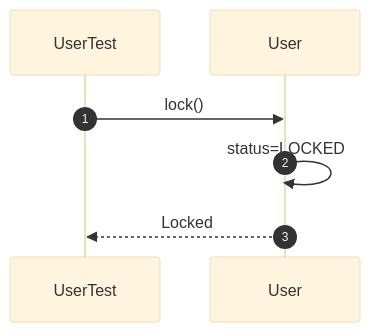
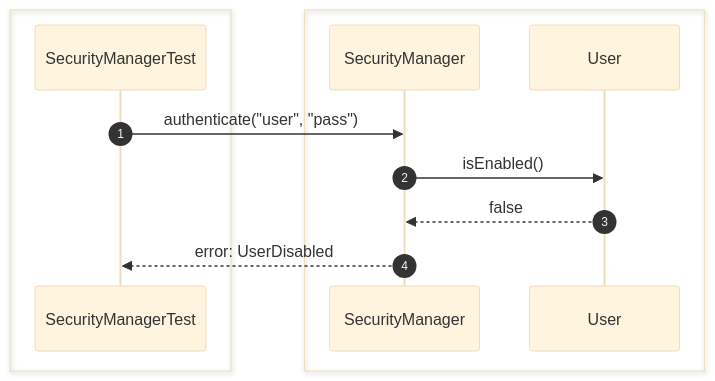
One commit to Huy1801214/dbms-architecture changed the seventh of 35 diagrams in src/sequence/security.md. Above: the diagram before and after it, drawn with Mermaid (base theme). The commit also changed other lines of this file and 10 other files, not shown here.

Commit message:
add comprehensive sequence diagrams and documentation for system architecture and unit testing specifications

````diff
--- a/src/sequence/security.md
+++ b/src/sequence/security.md
@@ -122,12 +123,17 @@
 ```mermaid
 sequenceDiagram
     autonumber
-    participant Test as UserTest
-    participant User
 
-    Test->>User: lock()
+    box #e1f5fe Test Suite
+    participant Test as SecurityManagerTest
+    end
+    box #e3f2fd Security Components
+    participant Security as SecurityManager
+    participant User as User
+    end
 
-    User->>User: status=LOCKED
-
-    User-->>Test: Locked
+    Test->>Security: authenticate("user", "pass")
+    Security->>User: isEnabled()
+    User-->>Security: false
+    Security-->>Test: error: UserDisabled
 ```
````
